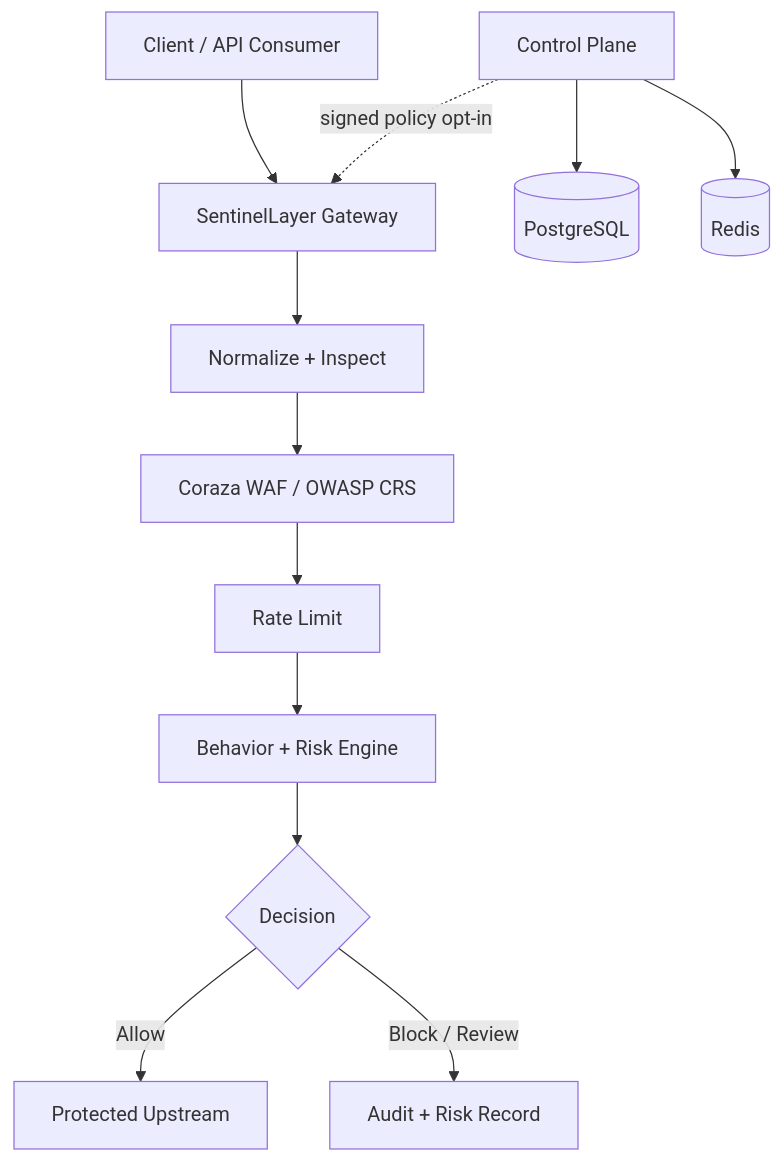
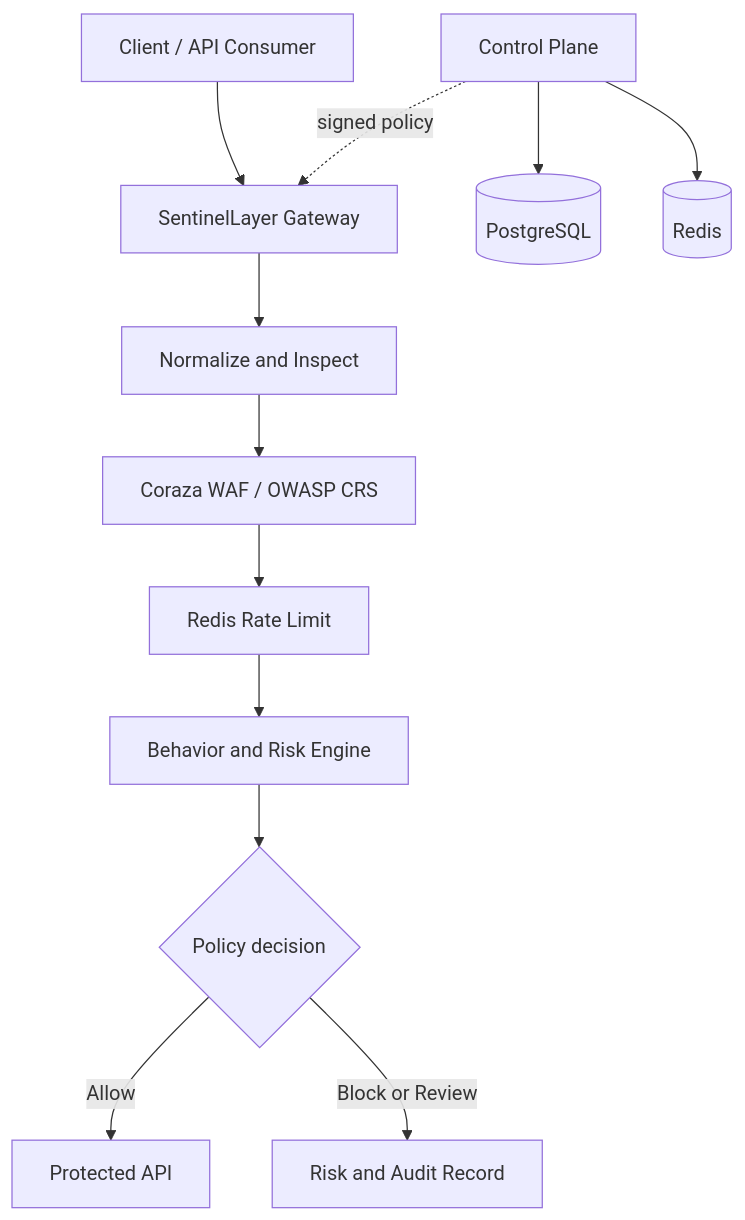
Before and after one commit to sentinelayer/sentinelayer: the diagram in README.md, drawn with Mermaid. The commit also changed other lines of this file, not shown here.

````diff
--- a/README.md
+++ b/README.md
@@ -46,14 +34,14 @@
 ```mermaid
 flowchart TD
     C[Client / API Consumer] --> G[SentinelLayer Gateway]
-    G --> N[Normalize + Inspect]
+    G --> N[Normalize and Inspect]
     N --> W[Coraza WAF / OWASP CRS]
-    W --> R[Rate Limit]
-    R --> B[Behavior + Risk Engine]
-    B --> D{Decision}
-    D -->|Allow| U[Protected Upstream]
-    D -->|Block / Review| A[Audit + Risk Record]
+    W --> R[Redis Rate Limit]
+    R --> B[Behavior and Risk Engine]
+    B --> D{Policy decision}
+    D -->|Allow| U[Protected API]
+    D -->|Block or Review| A[Risk and Audit Record]
     CP[Control Plane] --> P[(PostgreSQL)]
     CP --> S[(Redis)]
-    CP -. signed policy opt-in .-> G
+    CP -. signed policy .-> G
 ```
````
